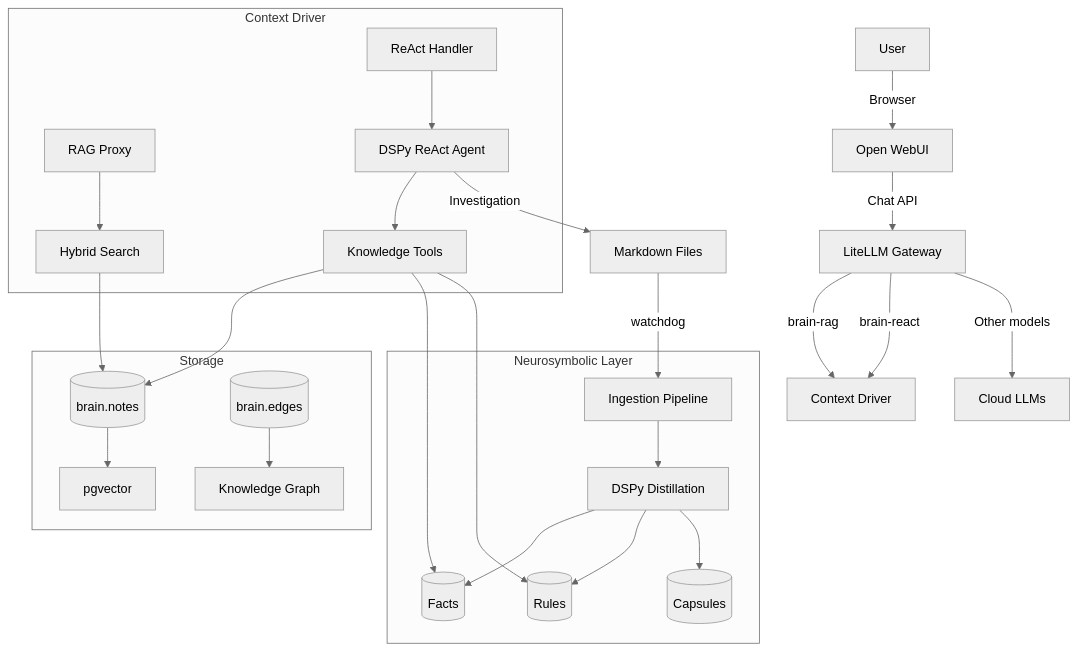
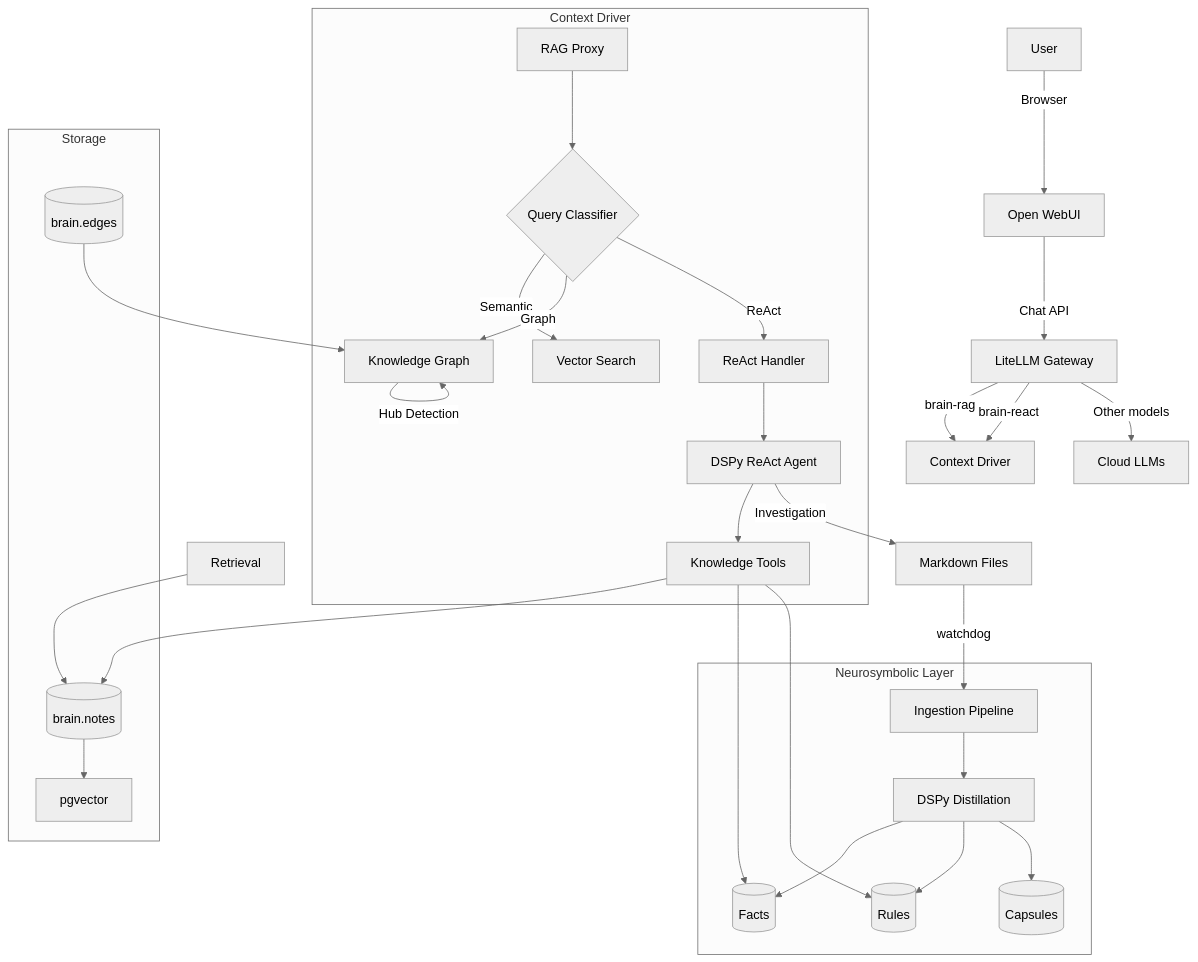
One commit to sv-pro/context-engine changed the diagram in ARCHITECTURE.md. Above: the diagram before and after it, drawn with Mermaid (neutral theme). The commit also changed other lines of this file and 2 other files, not shown here.

Commit message:
docs: update architecture, evolution, and readme with adaptive RAG details

````diff
--- a/ARCHITECTURE.md
+++ b/ARCHITECTURE.md
@@ -16,35 +17,41 @@
 ```mermaid
 graph TD
     User[User] -->|Browser| WebUI[Open WebUI]
     WebUI -->|Chat API| LiteLLM[LiteLLM Gateway]
     
     LiteLLM -->|brain-rag| ContextDriver[Context Driver]
     LiteLLM -->|brain-react| ContextDriver
     LiteLLM -->|Other models| ExternalLLMs[Cloud LLMs]
     
     subgraph "Context Driver"
-        RAGProxy[RAG Proxy] --> Retrieval[Hybrid Search]
-        ReactHandler[ReAct Handler] --> Agent[DSPy ReAct Agent]
+        RAGProxy[RAG Proxy] --> Router{Query Classifier}
+        Router -->|Semantic| Semantic[Vector Search]
+        Router -->|Graph| Graph[Graph-Hybrid 2.0]
+        Router -->|ReAct| ReactHandler[ReAct Handler]
+        
+        Graph -->|Hub Detection| Graph
+        
+        ReactHandler --> Agent[DSPy ReAct Agent]
         Agent --> Tools[Knowledge Tools]
     end
     
     subgraph "Neurosymbolic Layer"
         Ingester[Ingestion Pipeline] --> Distiller[DSPy Distillation]
         Distiller --> Facts[(Facts)]
         Distiller --> Rules[(Rules)]
         Distiller --> Capsules[(Capsules)]
     end
     
     subgraph "Storage"
         Notes[(brain.notes)] --> Embeddings[pgvector]
         Edges[(brain.edges)] --> Graph[Knowledge Graph]
     end
     
     Tools --> Notes
     Tools --> Facts
     Tools --> Rules
     Retrieval --> Notes
     
     Docs[Markdown Files] -->|watchdog| Ingester
     Agent -->|Investigation| Docs
 ```
````
